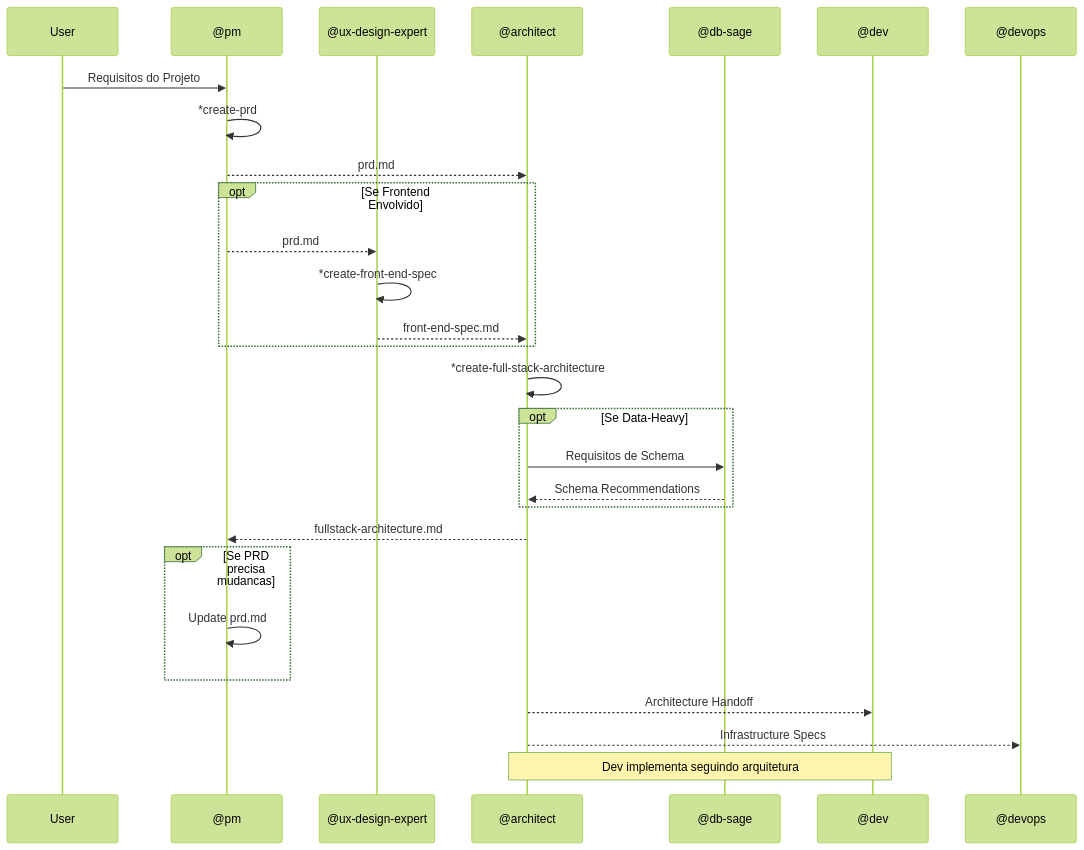
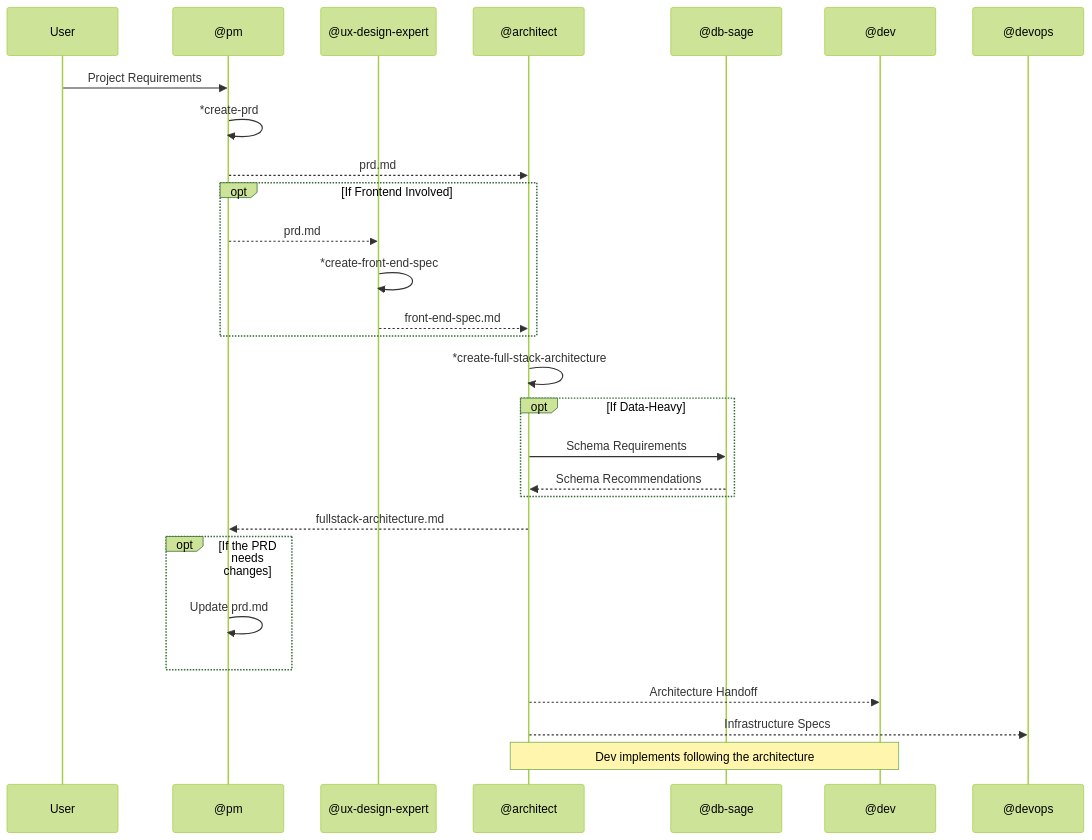
Before and after one commit to CyryxLabs/AEXOS: the second of 8 diagrams in docs/guides/agents/ARCHITECT-SYSTEM.md, drawn with Mermaid (forest theme). The commit also changed other lines of this file and 528 other files, not shown here.

````diff
--- a/docs/guides/agents/ARCHITECT-SYSTEM.md
+++ b/docs/guides/agents/ARCHITECT-SYSTEM.md
@@ -172,38 +172,38 @@
 ```mermaid
 sequenceDiagram
     participant User
     participant PM as @pm
     participant UX as @ux-design-expert
     participant Arch as @architect
     participant DB as @db-sage
     participant Dev as @dev
     participant DevOps as @devops
 
-    User->>PM: Requisitos do Projeto
+    User->>PM: Project Requirements
     PM->>PM: *create-prd
     PM-->>Arch: prd.md
 
-    opt Se Frontend Envolvido
+    opt If Frontend Involved
         PM-->>UX: prd.md
         UX->>UX: *create-front-end-spec
         UX-->>Arch: front-end-spec.md
     end
 
     Arch->>Arch: *create-full-stack-architecture
 
-    opt Se Data-Heavy
-        Arch->>DB: Requisitos de Schema
+    opt If Data-Heavy
+        Arch->>DB: Schema Requirements
         DB-->>Arch: Schema Recommendations
     end
 
     Arch-->>PM: fullstack-architecture.md
 
-    opt Se PRD precisa mudancas
+    opt If the PRD needs changes
         PM->>PM: Update prd.md
     end
 
     Arch-->>Dev: Architecture Handoff
     Arch-->>DevOps: Infrastructure Specs
 
-    Note over Arch,Dev: Dev implementa seguindo arquitetura
+    Note over Arch,Dev: Dev implements following the architecture
 ```
````
